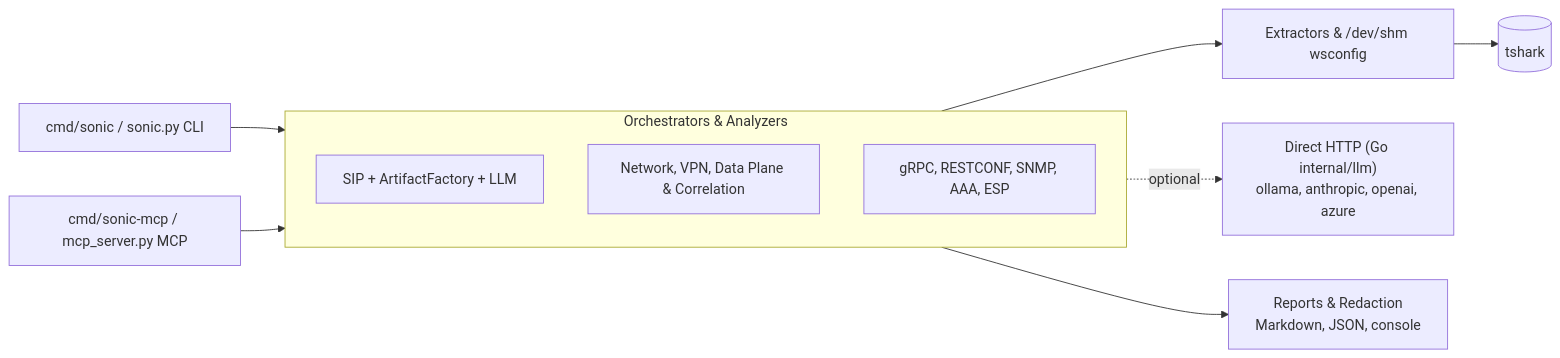
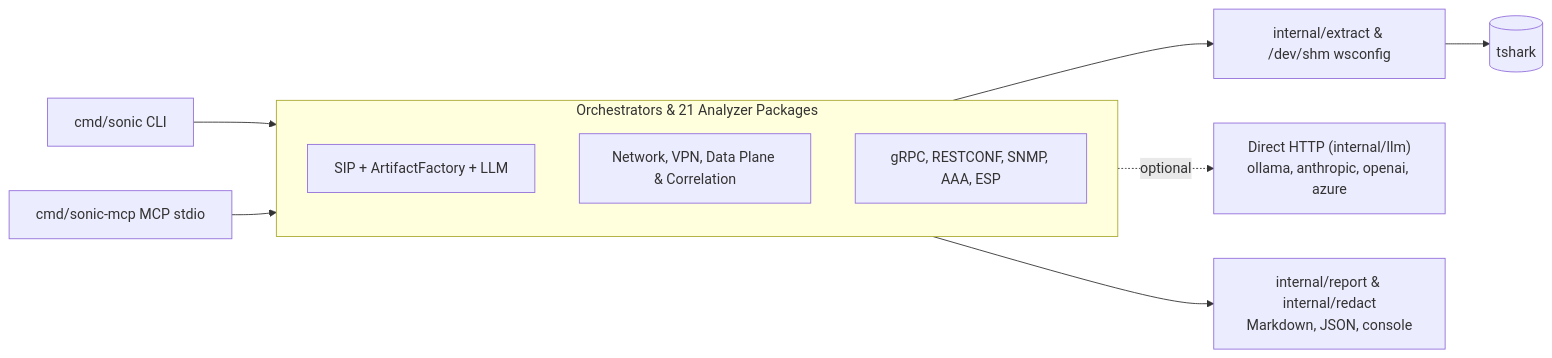
One commit to zombat/sonic changed the diagram in README.md. Above: the diagram before and after it, drawn with Mermaid. The commit also changed other lines of this file and 15 other files, not shown here.

````diff
--- a/README.md
+++ b/README.md
@@ -591,15 +567,15 @@
 ```mermaid
 flowchart LR
-    CLI["cmd/sonic / sonic.py CLI"] --> ORCH
-    MCP["cmd/sonic-mcp / mcp_server.py MCP"] --> ORCH
-    subgraph ORCH["Orchestrators & Analyzers"]
+    CLI["cmd/sonic CLI"] --> ORCH
+    MCP["cmd/sonic-mcp MCP stdio"] --> ORCH
+    subgraph ORCH["Orchestrators & 21 Analyzer Packages"]
         direction TB
         O1["SIP + ArtifactFactory + LLM"]
         O2["Network, VPN, Data Plane & Correlation"]
         O3["gRPC, RESTCONF, SNMP, AAA, ESP"]
     end
-    ORCH --> EX["Extractors & /dev/shm wsconfig"]
-    O1 -. optional .-> AI["Direct HTTP (Go internal/llm)<br/>ollama, anthropic, openai, azure"]
-    ORCH --> RP["Reports & Redaction<br/>Markdown, JSON, console"]
+    ORCH --> EX["internal/extract & /dev/shm wsconfig"]
+    O1 -. optional .-> AI["Direct HTTP (internal/llm)<br/>ollama, anthropic, openai, azure"]
+    ORCH --> RP["internal/report & internal/redact<br/>Markdown, JSON, console"]
     EX --> TS[("tshark")]
 ```
````
